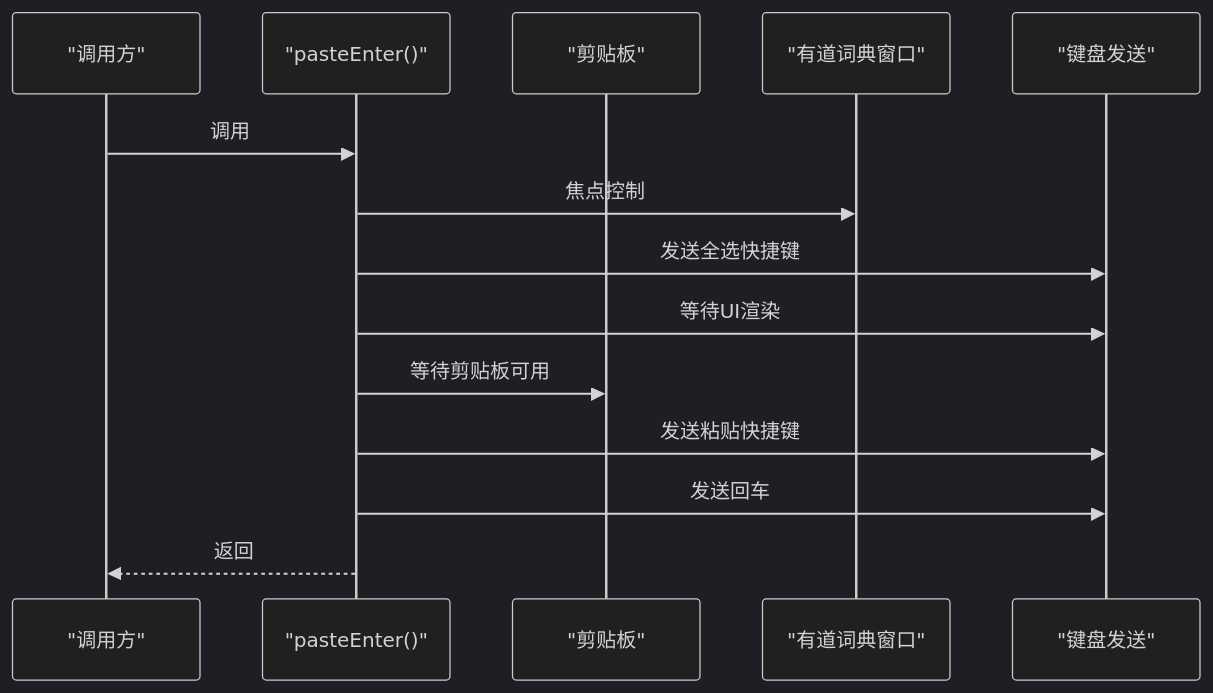
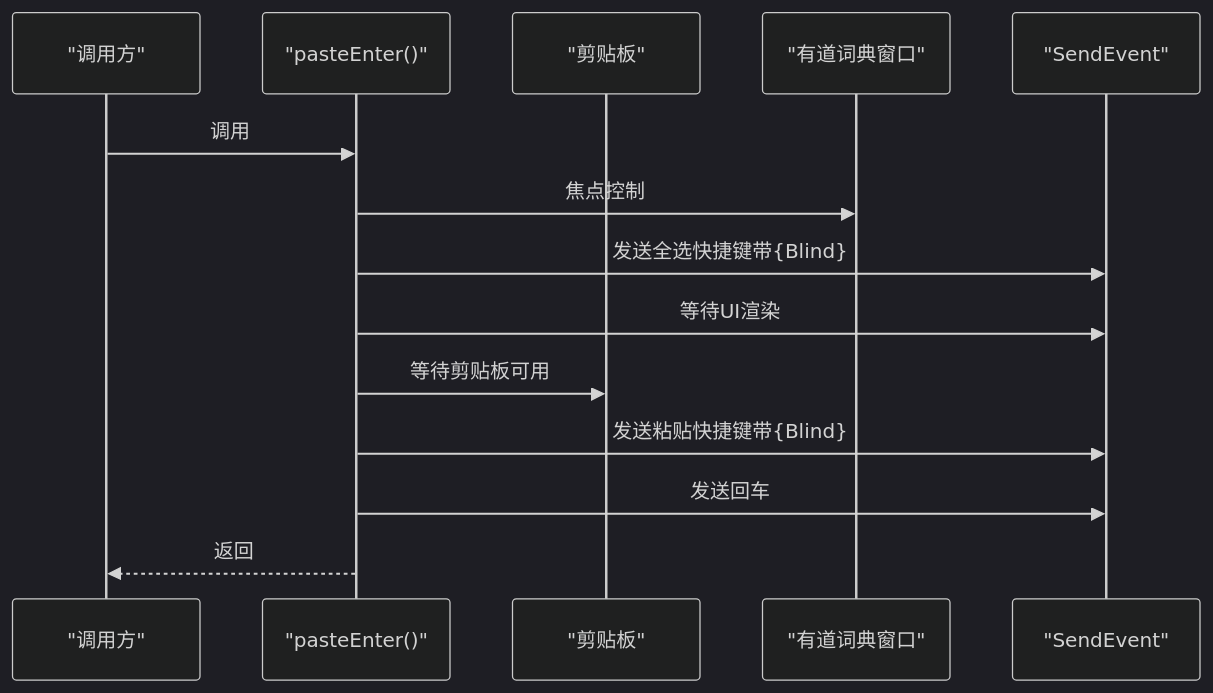
One commit to wangys-123doit/hotkey changed the second of 5 diagrams in .qoder/repowiki/zh/content/API参考/核心函数API/有道词典集成函数.md. Above: the diagram before and after it, drawn with Mermaid (dark theme). The commit also changed other lines of this file and 9 other files, not shown here.

````diff
--- a/.qoder/repowiki/zh/content/API参考/核心函数API/有道词典集成函数.md
+++ b/.qoder/repowiki/zh/content/API参考/核心函数API/有道词典集成函数.md
@@ -71,16 +78,16 @@
 ```mermaid
 sequenceDiagram
 participant Caller as "调用方"
 participant PasteEnter as "pasteEnter()"
 participant Clipboard as "剪贴板"
 participant Win as "有道词典窗口"
-participant Send as "键盘发送"
+participant SendEvent as "SendEvent"
 Caller->>PasteEnter : 调用
 PasteEnter->>Win : 焦点控制
-PasteEnter->>Send : 发送全选快捷键
-PasteEnter->>Send : 等待UI渲染
+PasteEnter->>SendEvent : 发送全选快捷键带{Blind}
+PasteEnter->>SendEvent : 等待UI渲染
 PasteEnter->>Clipboard : 等待剪贴板可用
-PasteEnter->>Send : 发送粘贴快捷键
-PasteEnter->>Send : 发送回车
+PasteEnter->>SendEvent : 发送粘贴快捷键带{Blind}
+PasteEnter->>SendEvent : 发送回车
 PasteEnter-->>Caller : 返回
 ```
````
